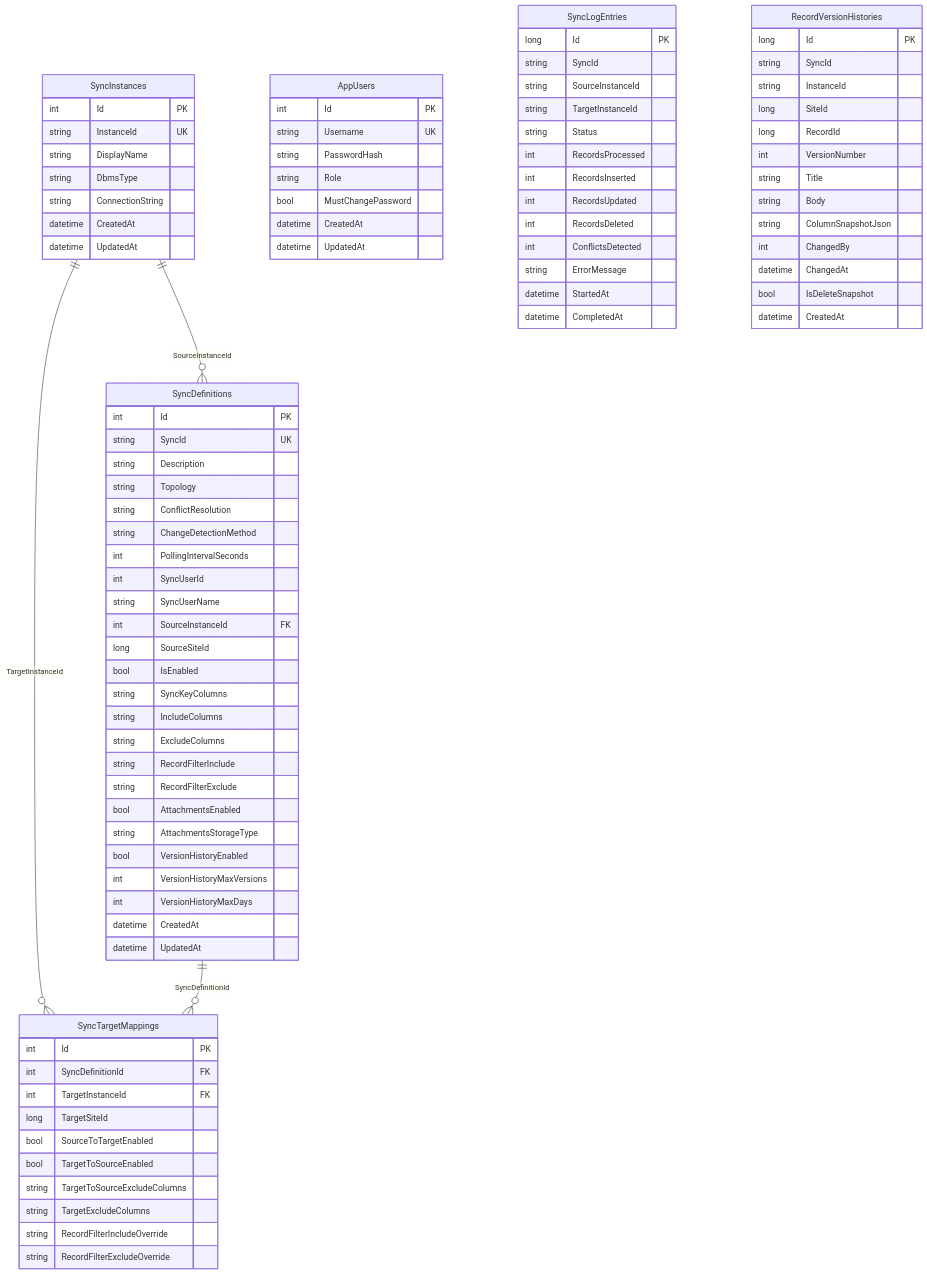
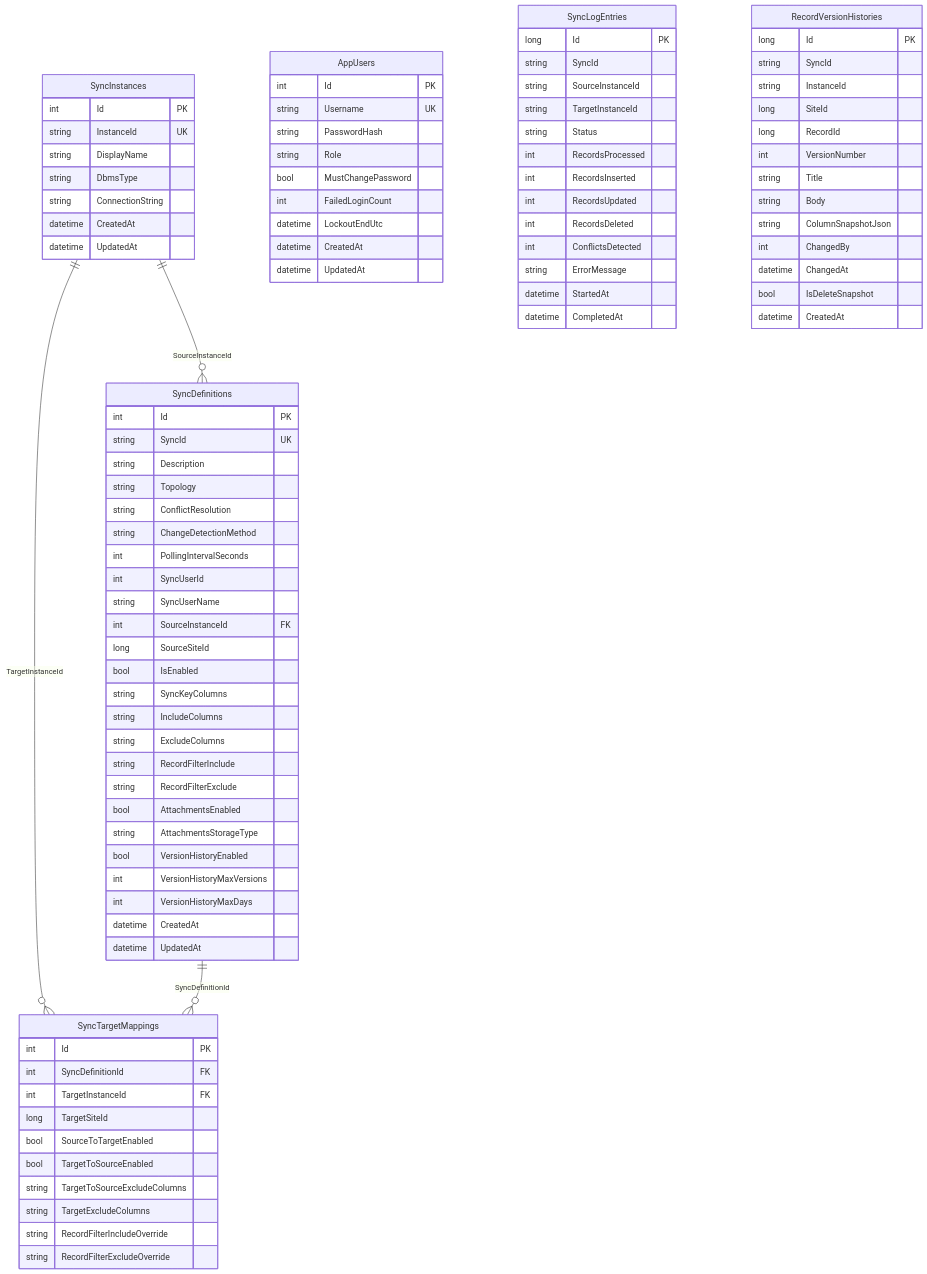
The diagram in docs/wiki/database-schema.md (vehiclevisionjp/VehicleVision.Pleasanter.ReplicaSync), drawn with Mermaid before and after one commit. The commit also changed other lines of this file and 13 other files, not shown here.

```diff
--- a/docs/wiki/database-schema.md
+++ b/docs/wiki/database-schema.md
@@ -55,6 +55,8 @@
         string PasswordHash
         string Role
         bool MustChangePassword
+        int FailedLoginCount
+        datetime LockoutEndUtc
         datetime CreatedAt
         datetime UpdatedAt
     }
```
